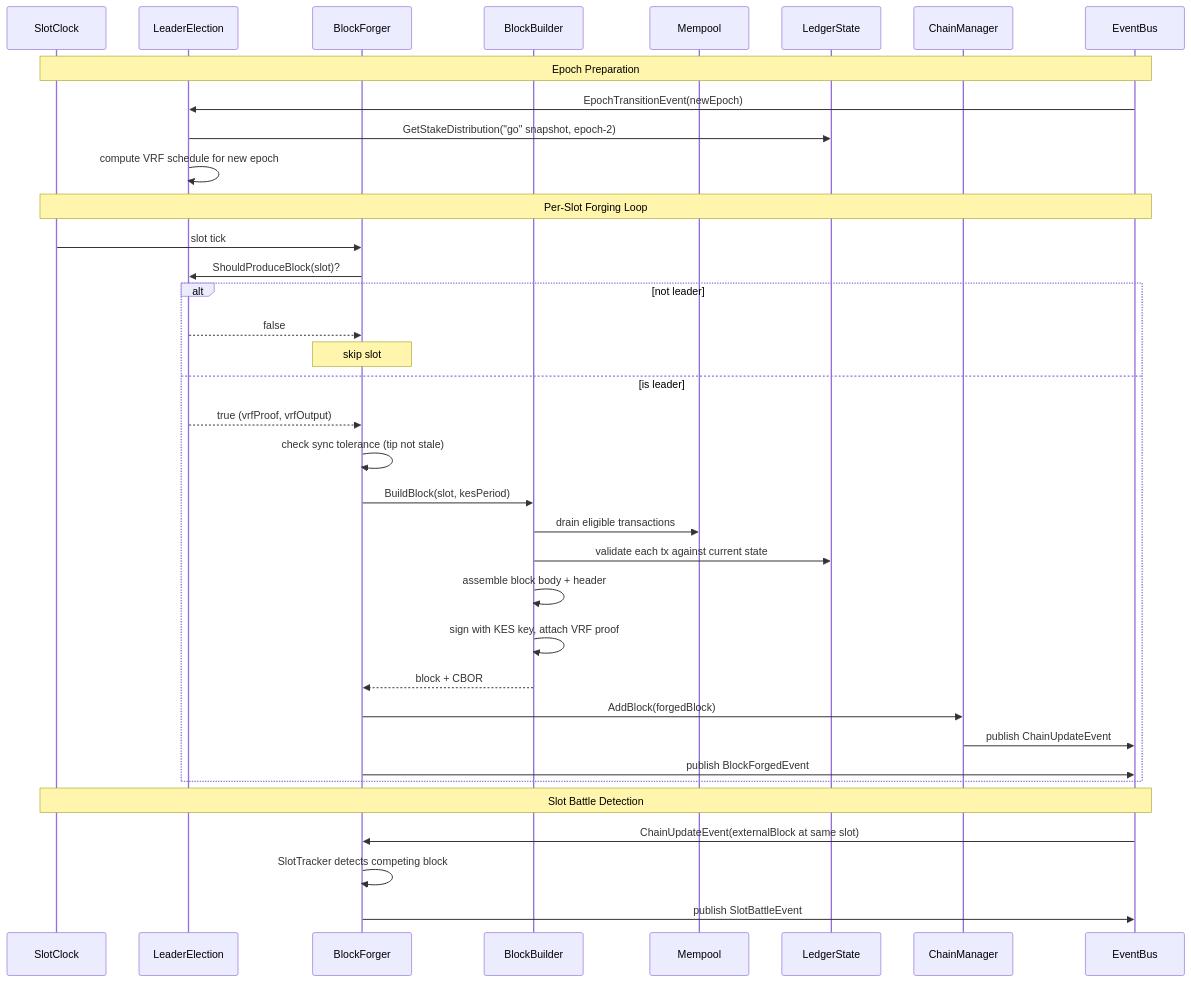
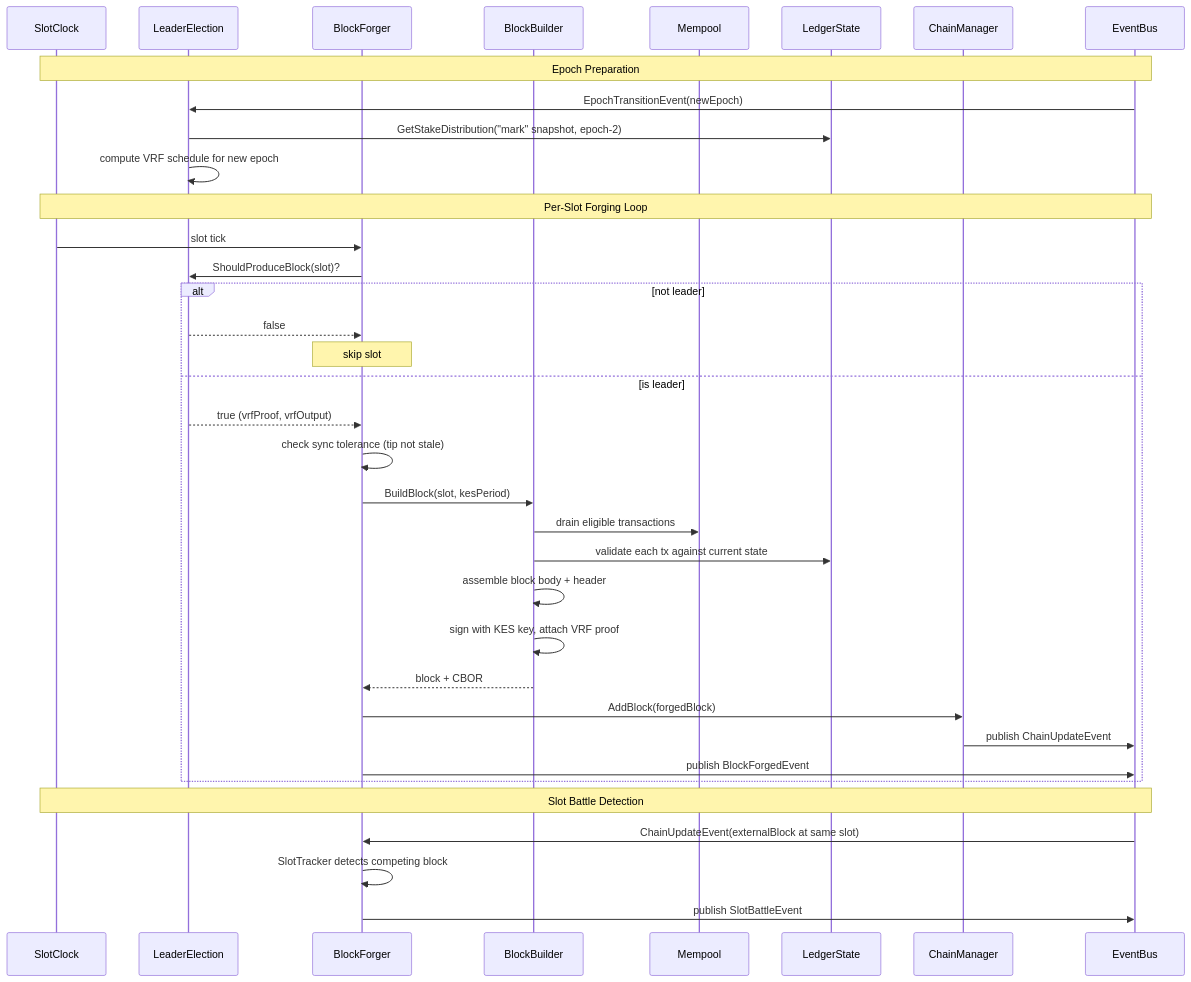
Before and after one commit to blinklabs-io/dingo: the fifth of 5 diagrams in ARCHITECTURE.md, drawn with Mermaid. The commit also changed other lines of this file and 20 other files, not shown here.

````diff
--- a/ARCHITECTURE.md
+++ b/ARCHITECTURE.md
@@ -360,41 +360,41 @@
 ```mermaid
 sequenceDiagram
     participant SC as SlotClock
     participant LE as LeaderElection
     participant BF as BlockForger
     participant BB as BlockBuilder
     participant MP as Mempool
     participant LS as LedgerState
     participant ChM as ChainManager
     participant EB as EventBus
 
     Note over SC,EB: Epoch Preparation
     EB->>LE: EpochTransitionEvent(newEpoch)
-    LE->>LS: GetStakeDistribution("go" snapshot, epoch-2)
+    LE->>LS: GetStakeDistribution("mark" snapshot, epoch-2)
     LE->>LE: compute VRF schedule for new epoch
 
     Note over SC,EB: Per-Slot Forging Loop
     SC->>BF: slot tick
     BF->>LE: ShouldProduceBlock(slot)?
     alt not leader
         LE-->>BF: false
         Note over BF: skip slot
     else is leader
         LE-->>BF: true (vrfProof, vrfOutput)
         BF->>BF: check sync tolerance (tip not stale)
         BF->>BB: BuildBlock(slot, kesPeriod)
         BB->>MP: drain eligible transactions
         BB->>LS: validate each tx against current state
         BB->>BB: assemble block body + header
         BB->>BB: sign with KES key, attach VRF proof
         BB-->>BF: block + CBOR
         BF->>ChM: AddBlock(forgedBlock)
         ChM->>EB: publish ChainUpdateEvent
         BF->>EB: publish BlockForgedEvent
     end
 
     Note over SC,EB: Slot Battle Detection
     EB->>BF: ChainUpdateEvent(externalBlock at same slot)
     BF->>BF: SlotTracker detects competing block
     BF->>EB: publish SlotBattleEvent
 ```
````
